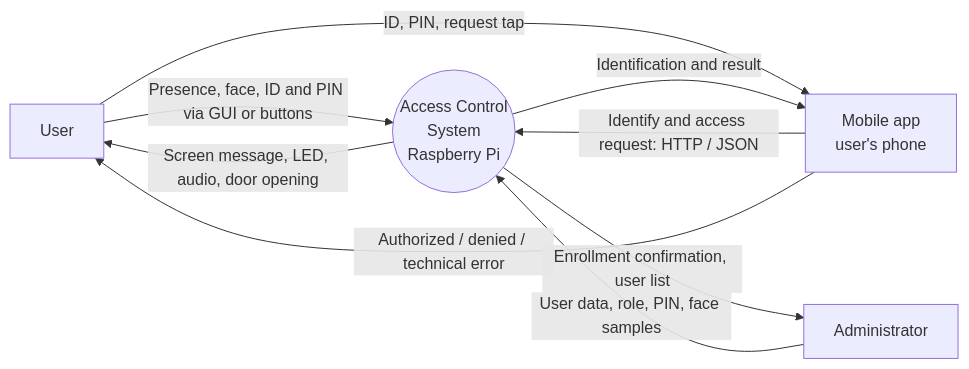
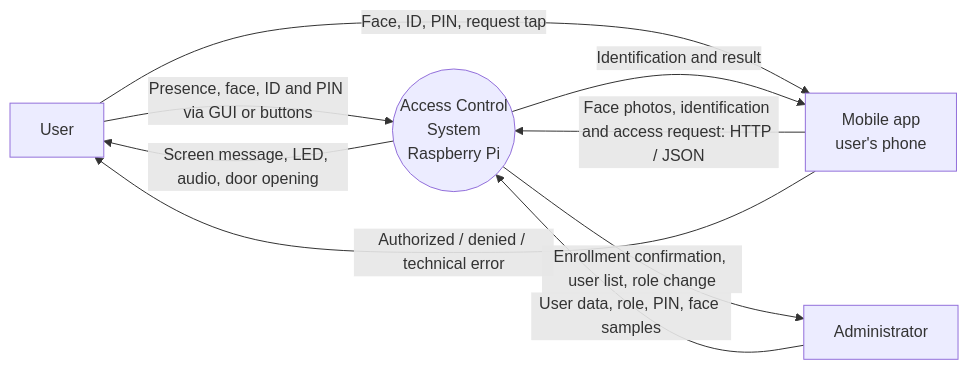
Before and after one commit to MrGodie/ControlAccesoRPI: the diagram in docs/dfd-0.md, drawn with Mermaid. The commit also changed 12 other files, not shown here.

````diff
--- a/docs/dfd-0.md
+++ b/docs/dfd-0.md
@@ -1,18 +1,18 @@
 ```mermaid
 flowchart LR
     U[User]
     APP[Mobile app<br/>user's phone]
     A[Administrator]
     S((Access Control<br/>System<br/>Raspberry Pi))
 
     U -->|Presence, face, ID and PIN via GUI or buttons| S
     S -->|Screen message, LED, audio, door opening| U
 
-    U -->|ID, PIN, request tap| APP
-    APP -->|Identify and access request: HTTP / JSON| S
+    U -->|Face, ID, PIN, request tap| APP
+    APP -->|Face photos, identification and access request: HTTP / JSON| S
     S -->|Identification and result| APP
     APP -->|Authorized / denied / technical error| U
 
     A -->|User data, role, PIN, face samples| S
-    S -->|Enrollment confirmation, user list| A
+    S -->|Enrollment confirmation, user list, role change| A
 ```
````
